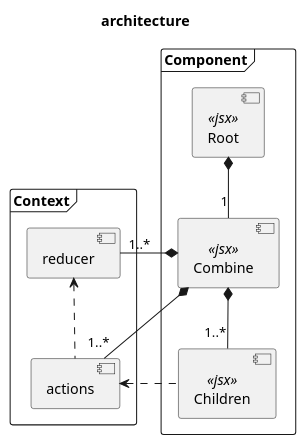
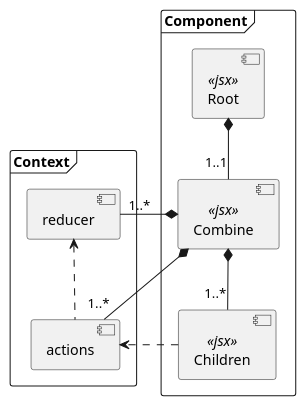
The diagram in docs/architecture.pu (danmaq/react-un-practice), drawn with PlantUML before and after one commit. The commit also changed 3 other files, not shown here.

```diff
--- a/docs/architecture.pu
+++ b/docs/architecture.pu
@@ -1,26 +1,24 @@
-@startuml
-
-title architecture
+@startuml architecture
 
 frame "Context" {
   [actions]
   [reducer]
 }
 
 frame "Component" {
   [Root] <<jsx>>
   [Children] <<jsx>>
   [Combine] <<jsx>>
 }
 
-Combine "1" -up-* Root
-Children "1..*" -up-* Combine
+Root *-- "1..1" Combine
+Combine *-- "1..*" Children
 
-actions .up.> reducer
+reducer <.. actions
 
-reducer "1..*" -left-* Combine
-actions "1..*" --* Combine
+Combine *- "1..*" reducer
+Combine *- "1..*" actions
 
-Children .left.> actions
+Children .> actions
 
 @enduml
```
